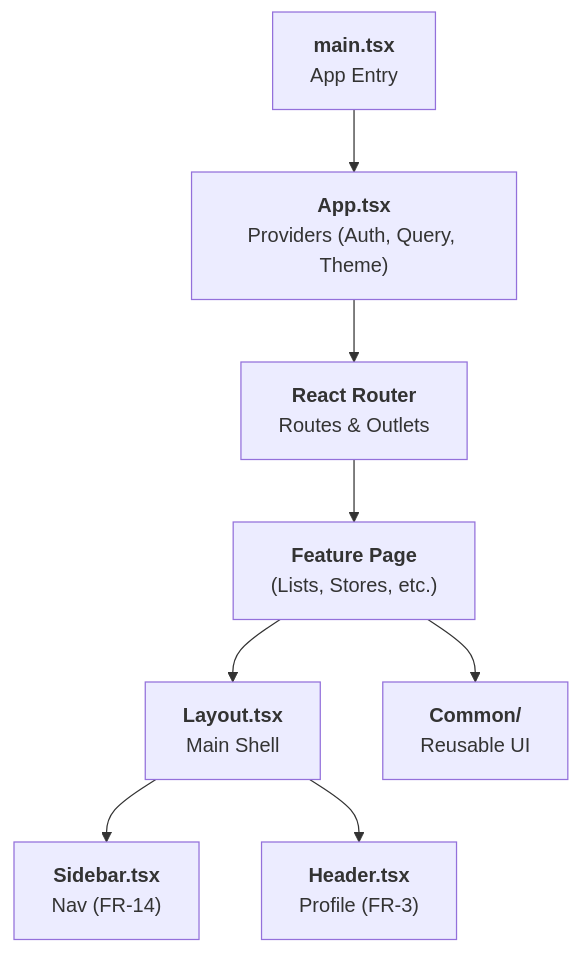
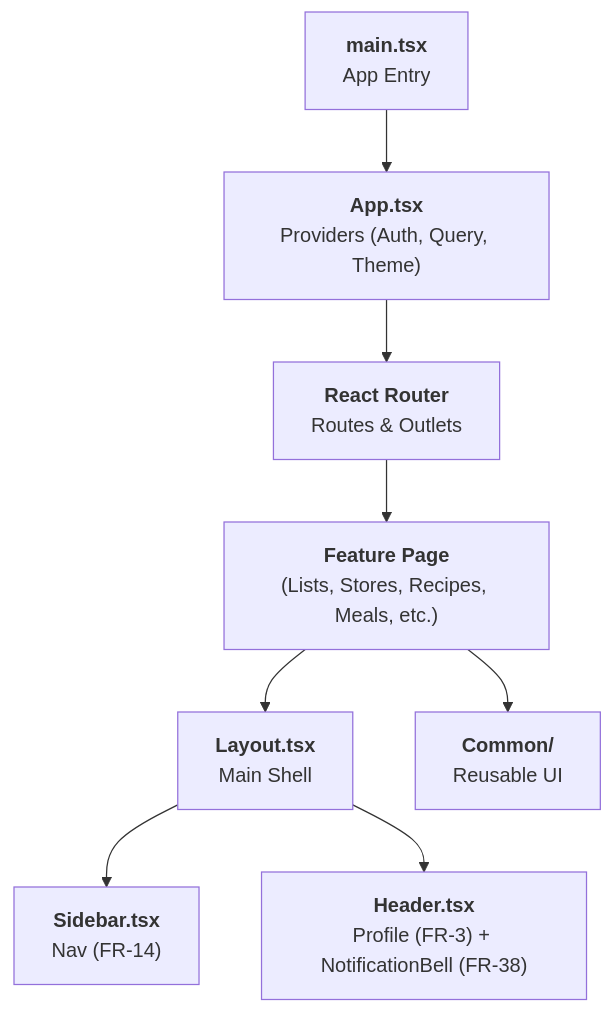
One commit to jlmonteiro/home-application changed the diagram in docs/specification/design/frontend/ui-architecture.md. Above: the diagram before and after it, drawn with Mermaid. The commit also changed other lines of this file and 14 other files, not shown here.

First line of the commit message:
feat(docs): add recipes & meals module and notifications system specs

````diff
--- a/docs/specification/design/frontend/ui-architecture.md
+++ b/docs/specification/design/frontend/ui-architecture.md
@@ -53,19 +53,19 @@
 ```mermaid
 graph TD
     Root["<b>main.tsx</b><br/>App Entry"]
     App["<b>App.tsx</b><br/>Providers (Auth, Query, Theme)"]
     Router["<b>React Router</b><br/>Routes & Outlets"]
     Layout["<b>Layout.tsx</b><br/>Main Shell"]
     Sidebar["<b>Sidebar.tsx</b><br/>Nav (FR-14)"]
-    Header["<b>Header.tsx</b><br/>Profile (FR-3)"]
-    Page["<b>Feature Page</b><br/>(Lists, Stores, etc.)"]
+    Header["<b>Header.tsx</b><br/>Profile (FR-3) + NotificationBell (FR-38)"]
+    Page["<b>Feature Page</b><br/>(Lists, Stores, Recipes, Meals, etc.)"]
     Shared["<b>Common/</b><br/>Reusable UI"]
 
     Root --> App
     App --> Router
     Router --> Page
     Page --> Layout
     Layout --> Sidebar
     Layout --> Header
     Page --> Shared
 ```
````
